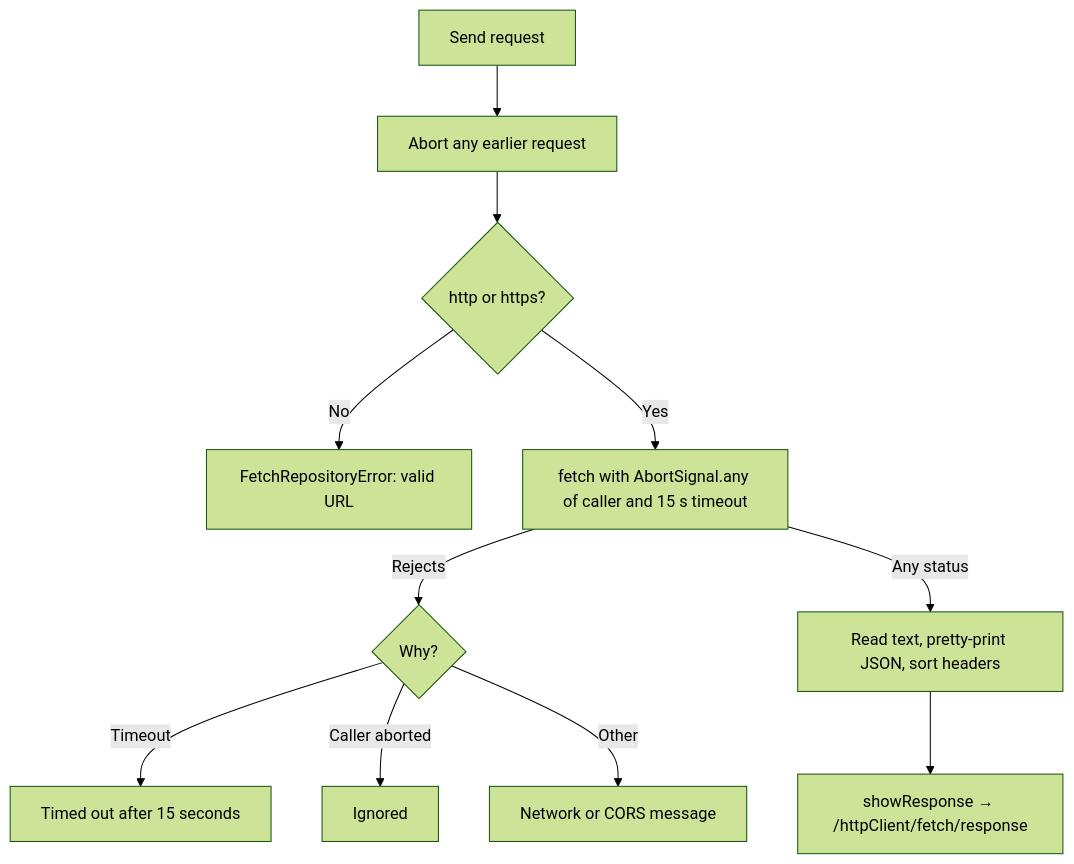
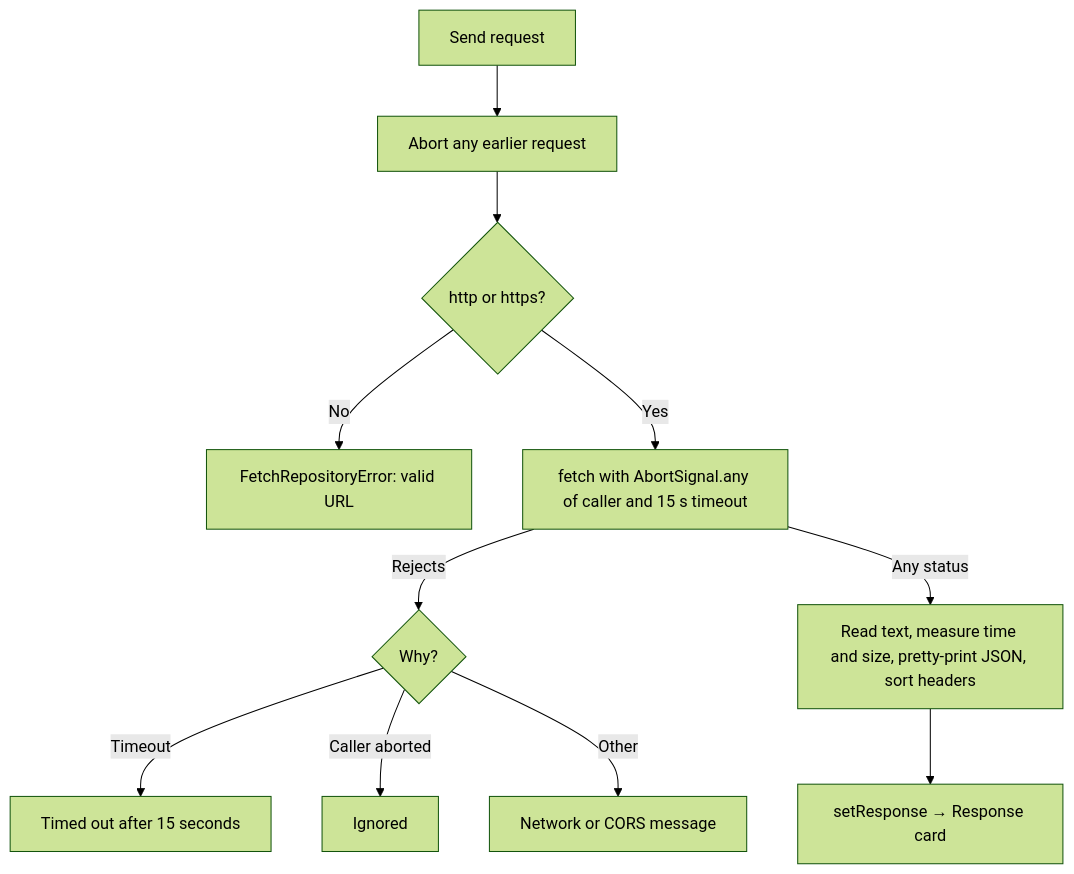
Before and after one commit to gjp-ai/gjp-lab-web-react: the diagram in doc/specs/features/httpclient/fetch/fetch_detail_design.md, drawn with Mermaid (forest theme). The commit also changed other lines of this file and 30 other files, not shown here.

````diff
--- a/doc/specs/features/httpclient/fetch/fetch_detail_design.md
+++ b/doc/specs/features/httpclient/fetch/fetch_detail_design.md
@@ -32,13 +37,13 @@
 ```mermaid
 flowchart TD
     Send[Send request] --> Abort[Abort any earlier request]
     Abort --> Validate{http or https?}
     Validate -->|No| Invalid[FetchRepositoryError: valid URL]
     Validate -->|Yes| Fetch[fetch with AbortSignal.any of caller and 15 s timeout]
     Fetch -->|Rejects| Kind{Why?}
     Kind -->|Timeout| Timeout[Timed out after 15 seconds]
     Kind -->|Caller aborted| Silent[Ignored]
     Kind -->|Other| Network[Network or CORS message]
-    Fetch -->|Any status| Read[Read text, pretty-print JSON, sort headers]
-    Read --> Push[showResponse → /httpClient/fetch/response]
+    Fetch -->|Any status| Read[Read text, measure time and size, pretty-print JSON, sort headers]
+    Read --> Show[setResponse → Response card]
 ```
````
